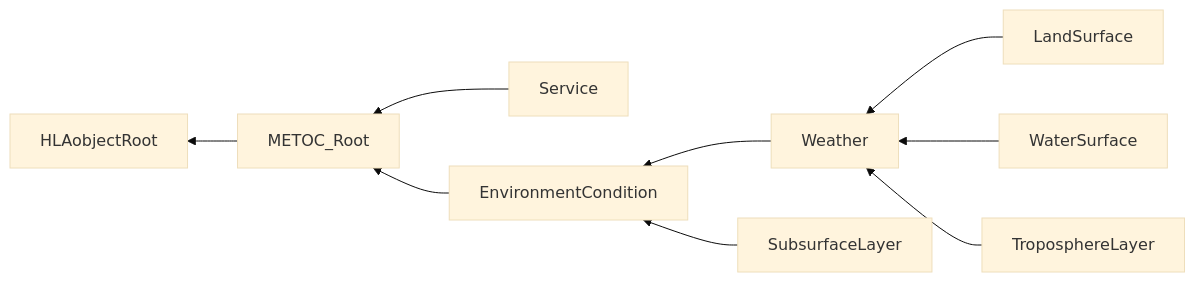
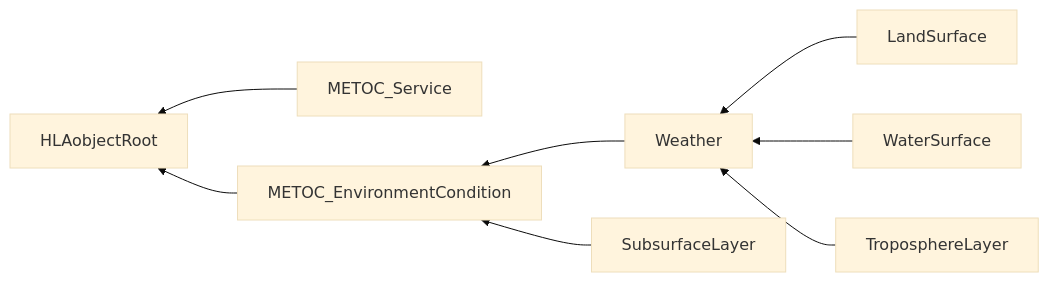
One commit to AMSP-04/NETN-METOC changed the first of 2 diagrams in NETN-METOC.md. Above: the diagram before and after it, drawn with Mermaid (base theme). The commit also changed other lines of this file and 3 other files, not shown here.

````diff
--- a/NETN-METOC.md
+++ b/NETN-METOC.md
@@ -70,11 +69,10 @@
 ```mermaid
 graph RL
-METOC_Root-->HLAobjectRoot
-Service-->METOC_Root
-EnvironmentCondition-->METOC_Root
-Weather-->EnvironmentCondition
-SubsurfaceLayer-->EnvironmentCondition
+METOC_Service-->HLAobjectRoot
+METOC_EnvironmentCondition-->HLAobjectRoot
+Weather-->METOC_EnvironmentCondition
+SubsurfaceLayer-->METOC_EnvironmentCondition
 LandSurface-->Weather
 WaterSurface-->Weather
 TroposphereLayer-->Weather
 ```
````
